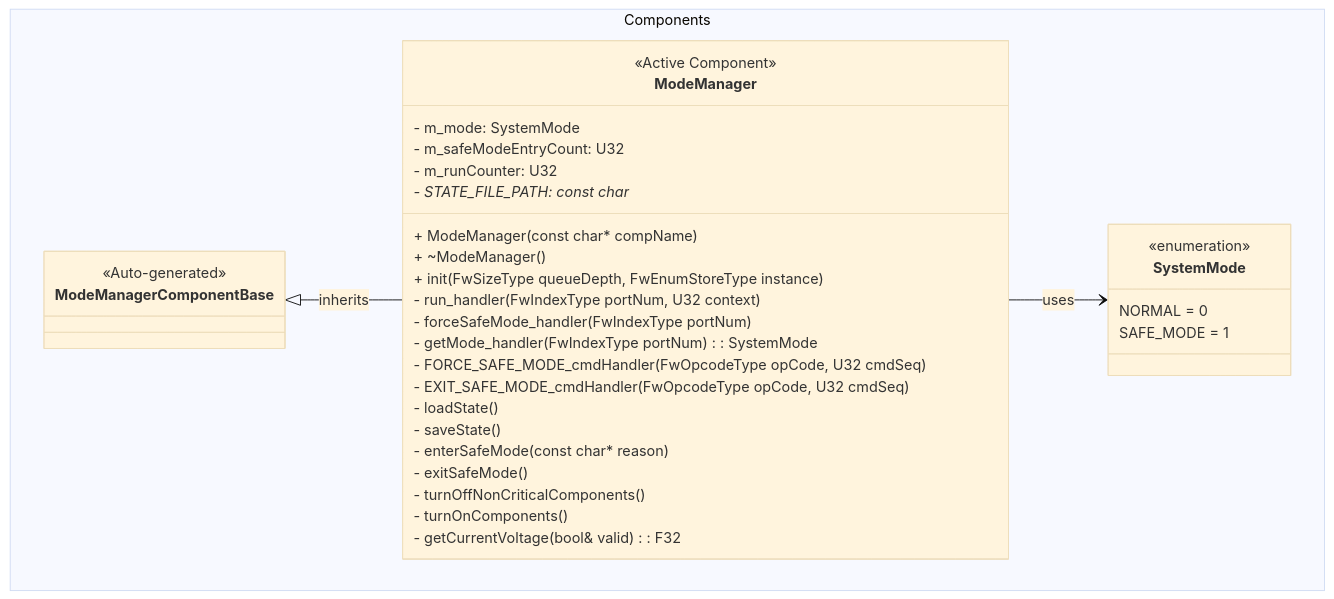
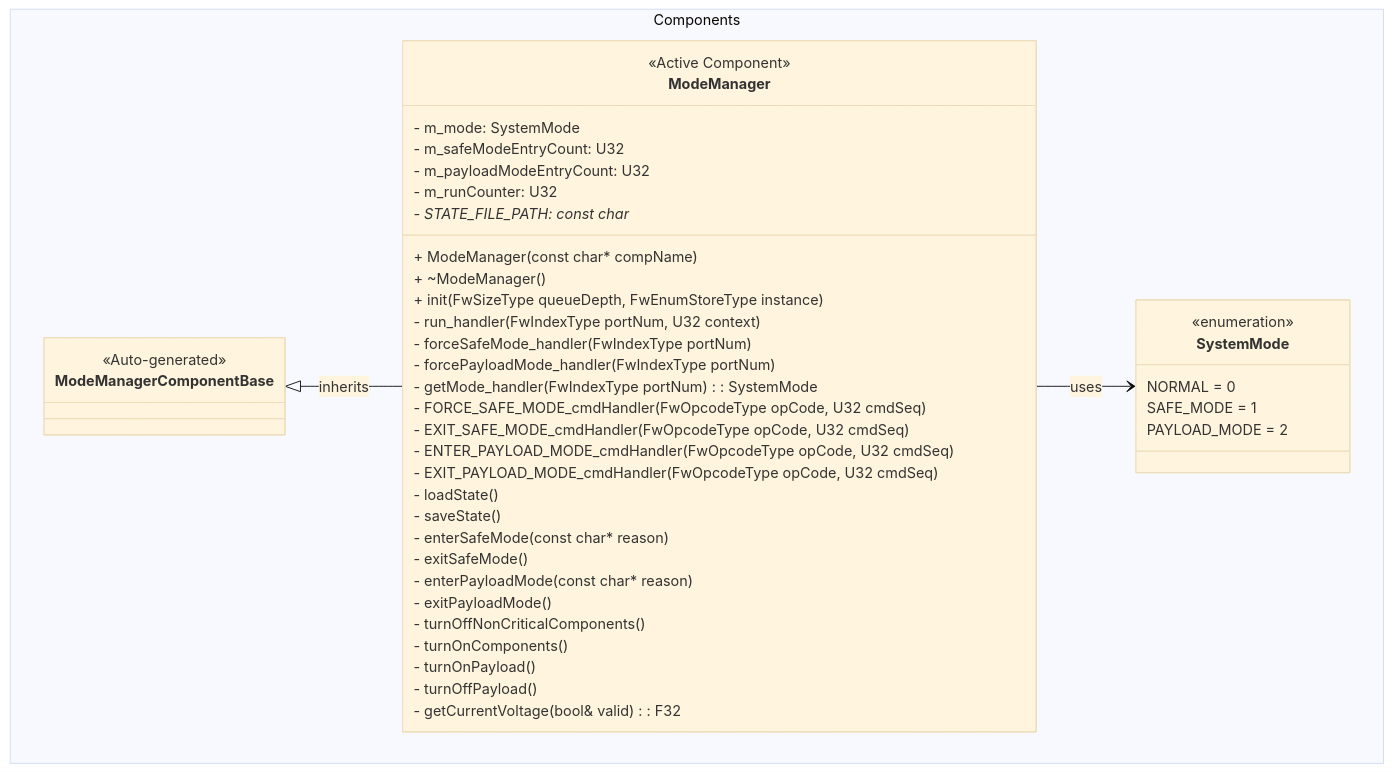
Before and after one commit to Open-Source-Space-Foundation/proves-core-reference: the first of 8 diagrams in FprimeZephyrReference/Components/ModeManager/docs/sdd.md, drawn with Mermaid (base theme). The commit also changed other lines of this file, not shown here.

````diff
--- a/FprimeZephyrReference/Components/ModeManager/docs/sdd.md
+++ b/FprimeZephyrReference/Components/ModeManager/docs/sdd.md
@@ -73,37 +98,46 @@
 ```mermaid
 classDiagram
     namespace Components {
         class ModeManagerComponentBase {
             <<Auto-generated>>
         }
         class ModeManager {
             <<Active Component>>
             - m_mode: SystemMode
             - m_safeModeEntryCount: U32
+            - m_payloadModeEntryCount: U32
             - m_runCounter: U32
             - STATE_FILE_PATH: const char*
             + ModeManager(const char* compName)
             + ~ModeManager()
             + init(FwSizeType queueDepth, FwEnumStoreType instance)
             - run_handler(FwIndexType portNum, U32 context)
             - forceSafeMode_handler(FwIndexType portNum)
+            - forcePayloadMode_handler(FwIndexType portNum)
             - getMode_handler(FwIndexType portNum): SystemMode
             - FORCE_SAFE_MODE_cmdHandler(FwOpcodeType opCode, U32 cmdSeq)
             - EXIT_SAFE_MODE_cmdHandler(FwOpcodeType opCode, U32 cmdSeq)
+            - ENTER_PAYLOAD_MODE_cmdHandler(FwOpcodeType opCode, U32 cmdSeq)
+            - EXIT_PAYLOAD_MODE_cmdHandler(FwOpcodeType opCode, U32 cmdSeq)
             - loadState()
             - saveState()
             - enterSafeMode(const char* reason)
             - exitSafeMode()
+            - enterPayloadMode(const char* reason)
+            - exitPayloadMode()
             - turnOffNonCriticalComponents()
             - turnOnComponents()
+            - turnOnPayload()
+            - turnOffPayload()
             - getCurrentVoltage(bool& valid): F32
         }
         class SystemMode {
             <<enumeration>>
             NORMAL = 0
             SAFE_MODE = 1
+            PAYLOAD_MODE = 2
         }
     }
     ModeManagerComponentBase <|-- ModeManager : inherits
     ModeManager --> SystemMode : uses
 ```
````
